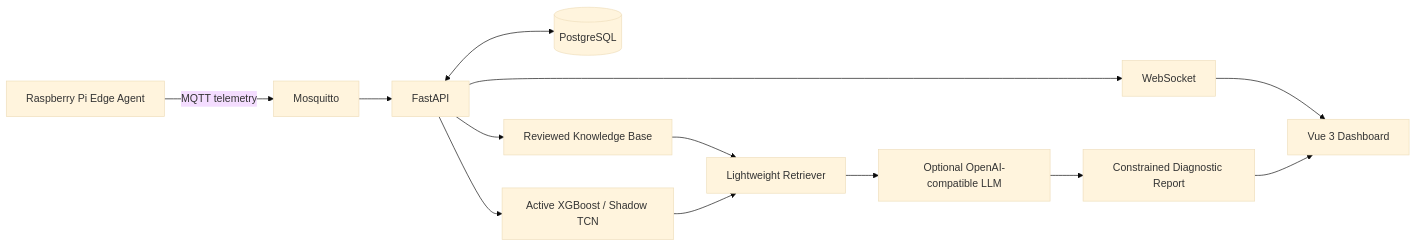
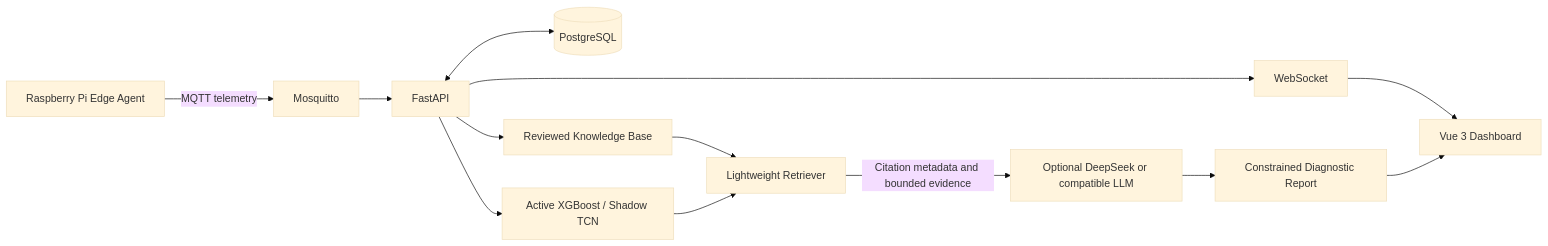
One commit to dowdah/oilwell-ai changed the first of 3 diagrams in docs/final/system-architecture.md. Above: the diagram before and after it, drawn with Mermaid (base theme). The commit also changed other lines of this file and 17 other files, not shown here.

First line of the commit message:
feat: finalize course delivery with DeepSeek diagnostics

````diff
--- a/docs/final/system-architecture.md
+++ b/docs/final/system-architecture.md
@@ -5,15 +5,15 @@
 ```mermaid
 flowchart LR
   Edge[Raspberry Pi Edge Agent] -->|MQTT telemetry| Broker[Mosquitto]
   Broker --> API[FastAPI]
   API <--> DB[(PostgreSQL)]
   API --> AI[Active XGBoost / Shadow TCN]
   API --> WS[WebSocket]
   WS --> Web[Vue 3 Dashboard]
   API --> KB[Reviewed Knowledge Base]
   KB --> RAG[Lightweight Retriever]
   AI --> RAG
-  RAG --> LLM[Optional OpenAI-compatible LLM]
+  RAG -->|Citation metadata and bounded evidence| LLM[Optional DeepSeek or compatible LLM]
   LLM --> Diag[Constrained Diagnostic Report]
   Diag --> Web
 ```
````
